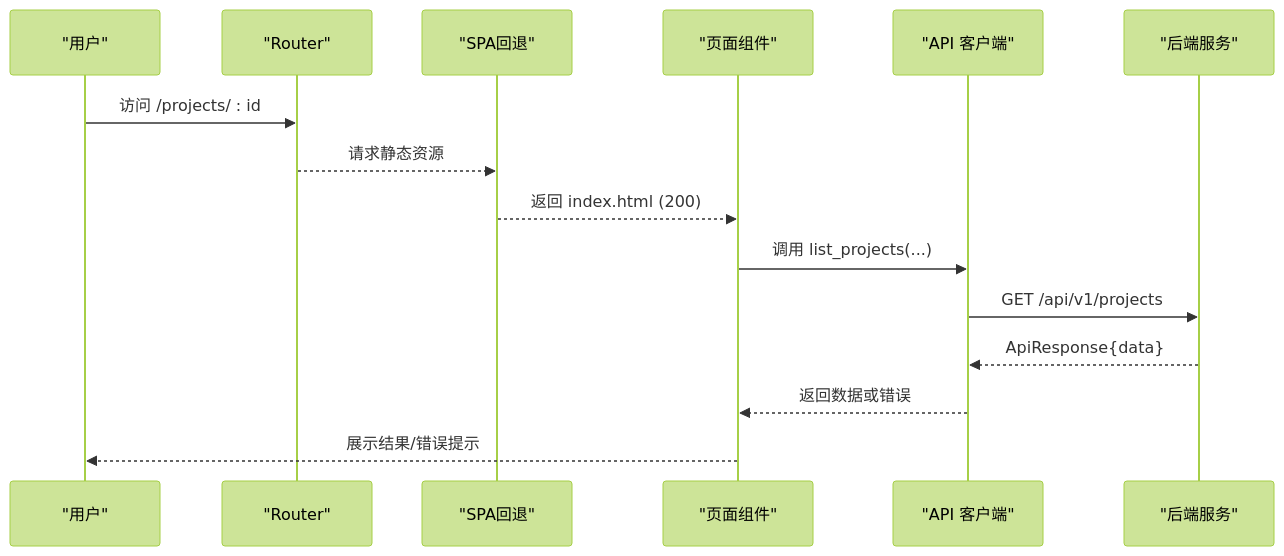
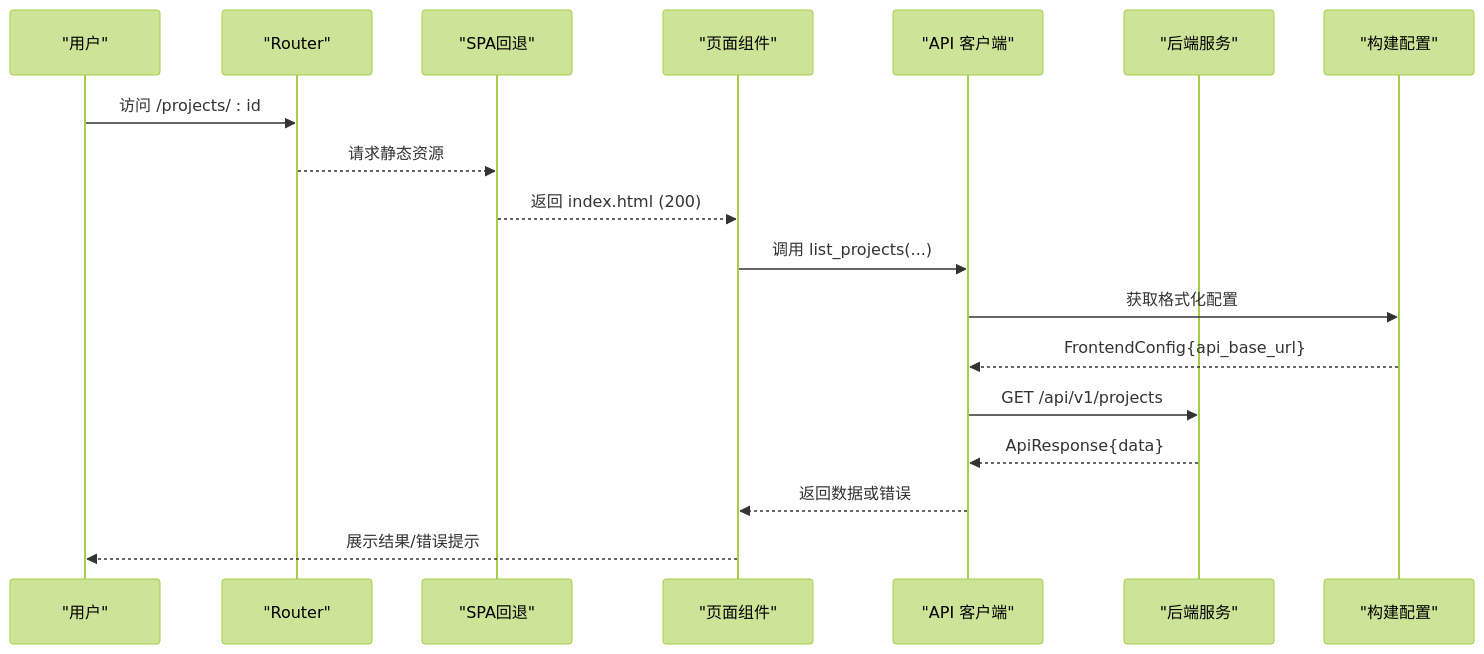
The second of 12 diagrams in .qoder/repowiki/zh/content/前端应用/前端应用.md (runningcoders/ai_orz), drawn with Mermaid (forest theme) before and after one commit. The commit also changed other lines of this file and 4 other files, not shown here.

````diff
--- a/.qoder/repowiki/zh/content/前端应用/前端应用.md
+++ b/.qoder/repowiki/zh/content/前端应用/前端应用.md
@@ -119,17 +132,20 @@
 ```mermaid
 sequenceDiagram
 participant U as "用户"
 participant R as "Router"
 participant S as "SPA回退"
 participant P as "页面组件"
 participant A as "API 客户端"
 participant B as "后端服务"
+participant BC as "构建配置"
 U->>R : 访问 /projects/ : id
 R-->>S : 请求静态资源
 S-->>P : 返回 index.html (200)
 P->>A : 调用 list_projects(...)
+A->>BC : 获取格式化配置
+BC-->>A : FrontendConfig{api_base_url}
 A->>B : GET /api/v1/projects
 B-->>A : ApiResponse{data}
 A-->>P : 返回数据或错误
 P-->>U : 展示结果/错误提示
 ```
````
